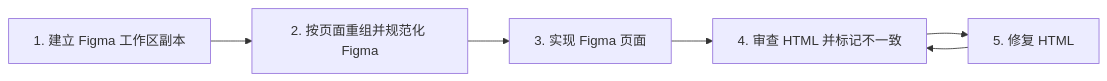
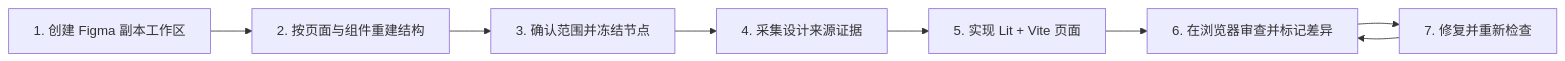
One commit to bigsmartben/pre-sdd changed the second of 2 diagrams in QUICKSTART.md. Above: the diagram before and after it, drawn with Mermaid. The commit also changed other lines of this file and 8 other files, not shown here.

````diff
--- a/QUICKSTART.md
+++ b/QUICKSTART.md
@@ -116,8 +129,10 @@
 ```mermaid
 flowchart LR
-    A["1. 建立 Figma 工作区副本"] --> B["2. 按页面重组并规范化 Figma"]
-    B --> C["3. 实现 Figma 页面"]
-    C --> D["4. 审查 HTML 并标记不一致"]
-    D --> E["5. 修复 HTML"]
-    E --> D
+    A["1. 创建 Figma 副本工作区"] --> B["2. 按页面与组件重建结构"]
+    B --> C["3. 确认范围并冻结节点"]
+    C --> D["4. 采集设计来源证据"]
+    D --> E["5. 实现 Lit + Vite 页面"]
+    E --> F["6. 在浏览器审查并标记差异"]
+    F --> G["7. 修复并重新检查"]
+    G --> F
 ```
````
